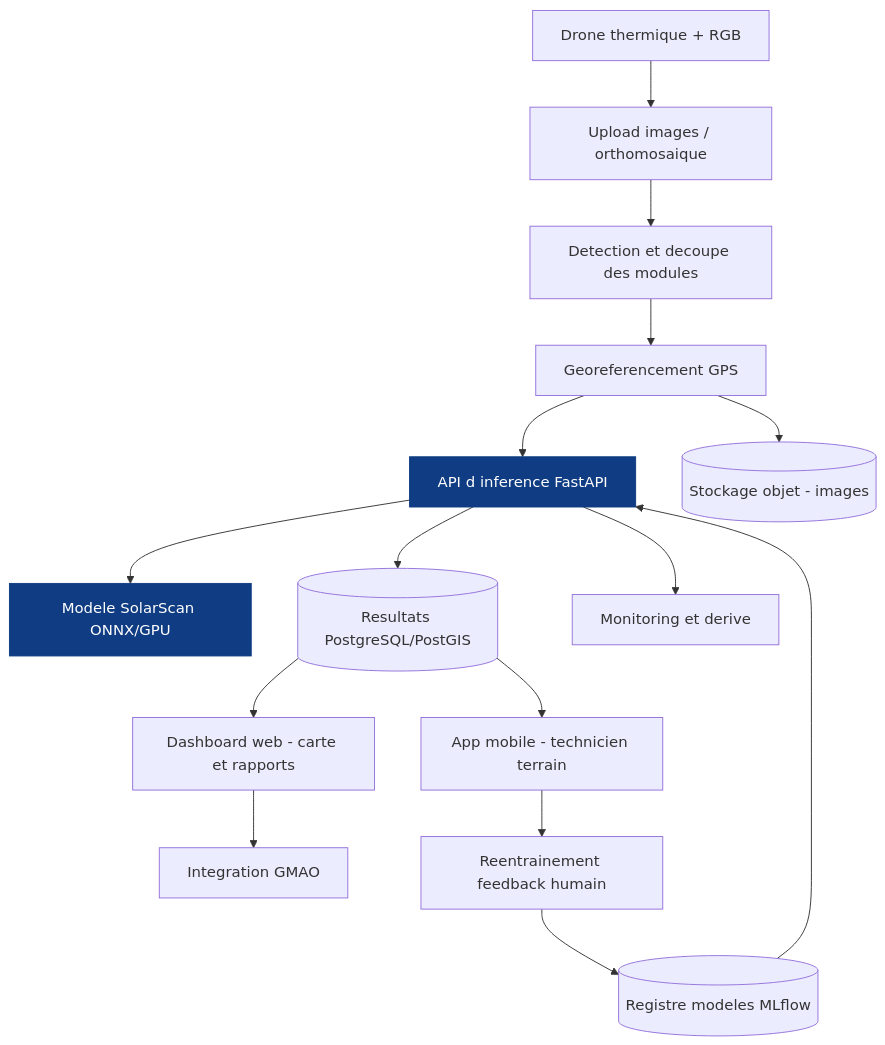
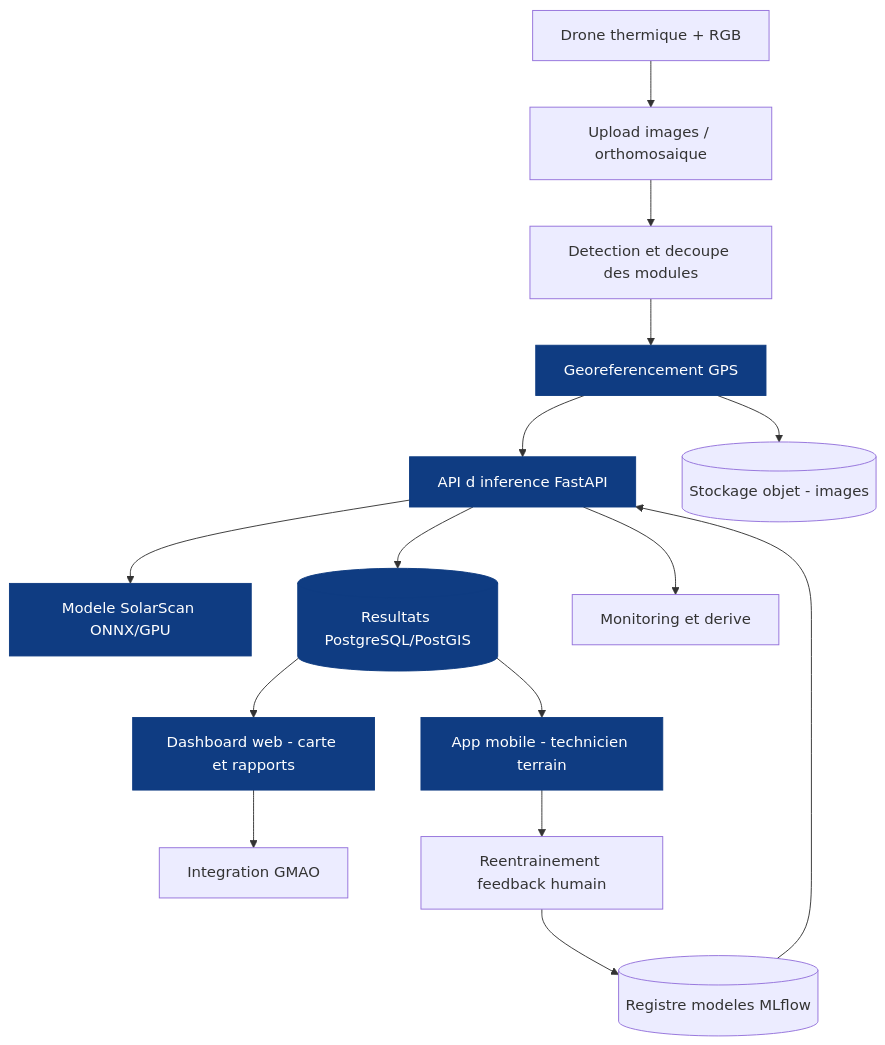
One commit to SouleymaneDiallo04/SolarScan changed the diagram in README.md. Above: the diagram before and after it, drawn with Mermaid. The commit also changed other lines of this file, not shown here.

Commit message:
docs: README a jour (structure complete, schema implemente, app mobile)

````diff
--- a/README.md
+++ b/README.md
@@ -127,20 +128,20 @@
 ```mermaid
 flowchart TB
     D[Drone thermique + RGB] --> U[Upload images / orthomosaique]
     U --> DET[Detection et decoupe des modules]
     DET --> GEO[Georeferencement GPS]
     GEO --> API[API d inference FastAPI]
     REG[(Registre modeles MLflow)] --> API
     API --> M[Modele SolarScan ONNX/GPU]
     GEO --> S3[(Stockage objet - images)]
     API --> DB[(Resultats PostgreSQL/PostGIS)]
     DB --> WEB[Dashboard web - carte et rapports]
     DB --> MOB[App mobile - technicien terrain]
     WEB --> CMMS[Integration GMAO]
     MOB --> RT[Reentrainement feedback humain]
     RT --> REG
     API --> MON[Monitoring et derive]
 
     classDef done fill:#0f3c82,color:#fff,stroke:#0f3c82;
-    class API,M done;
+    class API,M,GEO,DB,WEB,MOB done;
 ```
````
